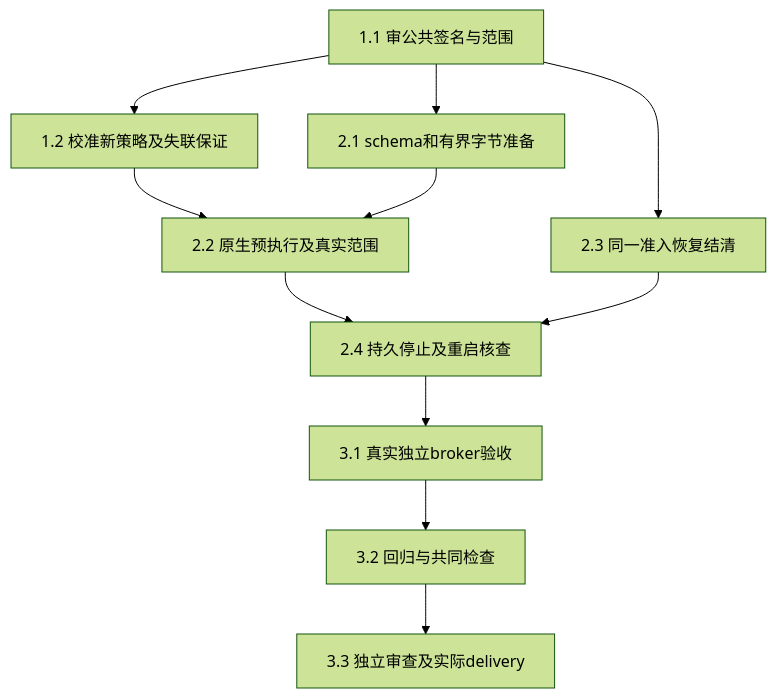
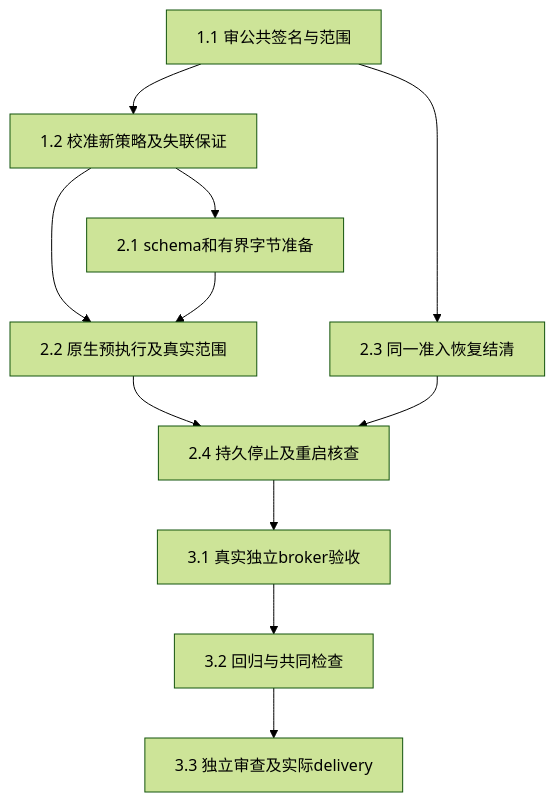
The diagram in openspec/changes/add-linux-isolated-report-provider/tasks.md (leike0813/Scholoom), drawn with Mermaid (forest theme) before and after one commit. The commit also changed other lines of this file and 19 other files, not shown here.

````diff
--- a/openspec/changes/add-linux-isolated-report-provider/tasks.md
+++ b/openspec/changes/add-linux-isolated-report-provider/tasks.md
@@ -5,13 +5,13 @@
 ```mermaid
 flowchart TD
   T11[1.1 审公共签名与范围] --> T12[1.2 校准新策略及失联保证]
-  T11 --> T21[2.1 schema和有界字节准备]
+  T12 --> T21[2.1 schema和有界字节准备]
   T12 --> T22[2.2 原生预执行及真实范围]
   T21 --> T22
   T11 --> T23[2.3 同一准入恢复结清]
   T22 --> T24[2.4 持久停止及重启核查]
   T23 --> T24
   T24 --> T31[3.1 真实独立broker验收]
   T31 --> T32[3.2 回归与共同检查]
   T32 --> T33[3.3 独立审查及实际delivery]
 ```
````
